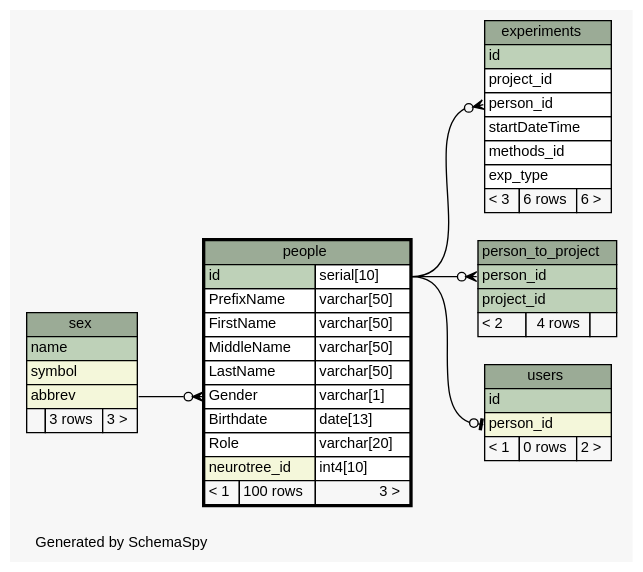
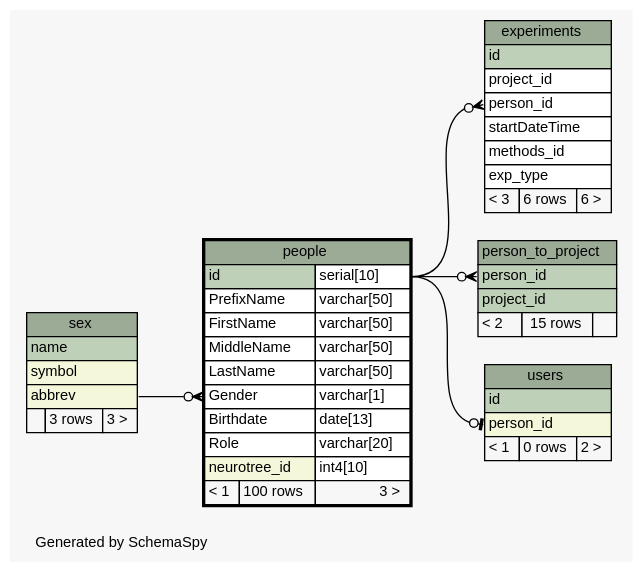
One commit to tgbugs/mlab changed the diagram in database/ss/diagrams/people.1degree.dot. Above: the diagram before and after it, drawn with Graphviz. The commit also changed 153 other files, not shown here.

```diff
--- a/database/ss/diagrams/people.1degree.dot
+++ b/database/ss/diagrams/people.1degree.dot
@@ -1,93 +1,93 @@
 // dot 2.32.0 on Windows 7 6.1
 // SchemaSpy rev 590
 digraph "oneDegreeRelationshipsDiagram" {
   graph [
     rankdir="RL"
     bgcolor="#f7f7f7"
     label="\nGenerated by SchemaSpy"
     labeljust="l"
     nodesep="0.18"
     ranksep="0.46"
     fontname="Helvetica"
     fontsize="11"
   ];
   node [
     fontname="Helvetica"
     fontsize="11"
     shape="plaintext"
   ];
   edge [
     arrowsize="0.8"
   ];
   "experiments":"person_id":w -> "people":"id.type":e [arrowhead=none dir=back arrowtail=crowodot];
   "people":"Gender":w -> "sex":"abbrev":e [arrowhead=none dir=back arrowtail=crowodot];
   "person_to_project":"person_id":w -> "people":"id.type":e [arrowhead=none dir=back arrowtail=crowodot];
   "users":"person_id":w -> "people":"id.type":e [arrowhead=none dir=back arrowtail=teeodot];
   "experiments" [
     label=<
     <TABLE BORDER="0" CELLBORDER="1" CELLSPACING="0" BGCOLOR="#ffffff">
       <TR><TD COLSPAN="3" BGCOLOR="#9bab96" ALIGN="CENTER">experiments</TD></TR>
       <TR><TD PORT="id" COLSPAN="3" BGCOLOR="#bed1b8" ALIGN="LEFT">id</TD></TR>
       <TR><TD PORT="project_id" COLSPAN="3" ALIGN="LEFT">project_id</TD></TR>
       <TR><TD PORT="person_id" COLSPAN="3" ALIGN="LEFT">person_id</TD></TR>
       <TR><TD PORT="startDateTime" COLSPAN="3" ALIGN="LEFT">startDateTime</TD></TR>
       <TR><TD PORT="methods_id" COLSPAN="3" ALIGN="LEFT">methods_id</TD></TR>
       <TR><TD PORT="exp_type" COLSPAN="3" ALIGN="LEFT">exp_type</TD></TR>
       <TR><TD ALIGN="LEFT" BGCOLOR="#f7f7f7">&lt; 3</TD><TD ALIGN="RIGHT" BGCOLOR="#f7f7f7">6 rows</TD><TD ALIGN="RIGHT" BGCOLOR="#f7f7f7">6 &gt;</TD></TR>
     </TABLE>>
     URL="experiments.html"
     tooltip="experiments"
   ];
   "people" [
     label=<
     <TABLE BORDER="2" CELLBORDER="1" CELLSPACING="0" BGCOLOR="#ffffff">
       <TR><TD COLSPAN="3" BGCOLOR="#9bab96" ALIGN="CENTER">people</TD></TR>
       <TR><TD PORT="id" COLSPAN="2" BGCOLOR="#bed1b8" ALIGN="LEFT">id</TD><TD PORT="id.type" ALIGN="LEFT">serial[10]</TD></TR>
       <TR><TD PORT="PrefixName" COLSPAN="2" ALIGN="LEFT">PrefixName</TD><TD PORT="PrefixName.type" ALIGN="LEFT">varchar[50]</TD></TR>
       <TR><TD PORT="FirstName" COLSPAN="2" ALIGN="LEFT">FirstName</TD><TD PORT="FirstName.type" ALIGN="LEFT">varchar[50]</TD></TR>
       <TR><TD PORT="MiddleName" COLSPAN="2" ALIGN="LEFT">MiddleName</TD><TD PORT="MiddleName.type" ALIGN="LEFT">varchar[50]</TD></TR>
       <TR><TD PORT="LastName" COLSPAN="2" ALIGN="LEFT">LastName</TD><TD PORT="LastName.type" ALIGN="LEFT">varchar[50]</TD></TR>
       <TR><TD PORT="Gender" COLSPAN="2" ALIGN="LEFT">Gender</TD><TD PORT="Gender.type" ALIGN="LEFT">varchar[1]</TD></TR>
       <TR><TD PORT="Birthdate" COLSPAN="2" ALIGN="LEFT">Birthdate</TD><TD PORT="Birthdate.type" ALIGN="LEFT">date[13]</TD></TR>
       <TR><TD PORT="Role" COLSPAN="2" ALIGN="LEFT">Role</TD><TD PORT="Role.type" ALIGN="LEFT">varchar[20]</TD></TR>
       <TR><TD PORT="neurotree_id" COLSPAN="2" BGCOLOR="#f4f7da" ALIGN="LEFT">neurotree_id</TD><TD PORT="neurotree_id.type" ALIGN="LEFT">int4[10]</TD></TR>
       <TR><TD ALIGN="LEFT" BGCOLOR="#f7f7f7">&lt; 1</TD><TD ALIGN="RIGHT" BGCOLOR="#f7f7f7">100 rows</TD><TD ALIGN="RIGHT" BGCOLOR="#f7f7f7">3 &gt;</TD></TR>
     </TABLE>>
     URL="people.html"
     tooltip="people"
   ];
   "person_to_project" [
     label=<
     <TABLE BORDER="0" CELLBORDER="1" CELLSPACING="0" BGCOLOR="#ffffff">
       <TR><TD COLSPAN="3" BGCOLOR="#9bab96" ALIGN="CENTER">person_to_project</TD></TR>
       <TR><TD PORT="person_id" COLSPAN="3" BGCOLOR="#bed1b8" ALIGN="LEFT">person_id</TD></TR>
       <TR><TD PORT="project_id" COLSPAN="3" BGCOLOR="#bed1b8" ALIGN="LEFT">project_id</TD></TR>
-      <TR><TD ALIGN="LEFT" BGCOLOR="#f7f7f7">&lt; 2</TD><TD ALIGN="RIGHT" BGCOLOR="#f7f7f7">4 rows</TD><TD ALIGN="RIGHT" BGCOLOR="#f7f7f7">  </TD></TR>
+      <TR><TD ALIGN="LEFT" BGCOLOR="#f7f7f7">&lt; 2</TD><TD ALIGN="RIGHT" BGCOLOR="#f7f7f7">15 rows</TD><TD ALIGN="RIGHT" BGCOLOR="#f7f7f7">  </TD></TR>
     </TABLE>>
     URL="person_to_project.html"
     tooltip="person_to_project"
   ];
   "sex" [
     label=<
     <TABLE BORDER="0" CELLBORDER="1" CELLSPACING="0" BGCOLOR="#ffffff">
       <TR><TD COLSPAN="3" BGCOLOR="#9bab96" ALIGN="CENTER">sex</TD></TR>
       <TR><TD PORT="name" COLSPAN="3" BGCOLOR="#bed1b8" ALIGN="LEFT">name</TD></TR>
       <TR><TD PORT="symbol" COLSPAN="3" BGCOLOR="#f4f7da" ALIGN="LEFT">symbol</TD></TR>
       <TR><TD PORT="abbrev" COLSPAN="3" BGCOLOR="#f4f7da" ALIGN="LEFT">abbrev</TD></TR>
       <TR><TD ALIGN="LEFT" BGCOLOR="#f7f7f7">  </TD><TD ALIGN="RIGHT" BGCOLOR="#f7f7f7">3 rows</TD><TD ALIGN="RIGHT" BGCOLOR="#f7f7f7">3 &gt;</TD></TR>
     </TABLE>>
     URL="sex.html"
     tooltip="sex"
   ];
   "users" [
     label=<
     <TABLE BORDER="0" CELLBORDER="1" CELLSPACING="0" BGCOLOR="#ffffff">
       <TR><TD COLSPAN="3" BGCOLOR="#9bab96" ALIGN="CENTER">users</TD></TR>
       <TR><TD PORT="id" COLSPAN="3" BGCOLOR="#bed1b8" ALIGN="LEFT">id</TD></TR>
       <TR><TD PORT="person_id" COLSPAN="3" BGCOLOR="#f4f7da" ALIGN="LEFT">person_id</TD></TR>
       <TR><TD ALIGN="LEFT" BGCOLOR="#f7f7f7">&lt; 1</TD><TD ALIGN="RIGHT" BGCOLOR="#f7f7f7">0 rows</TD><TD ALIGN="RIGHT" BGCOLOR="#f7f7f7">2 &gt;</TD></TR>
     </TABLE>>
     URL="users.html"
     tooltip="users"
   ];
 }
```
